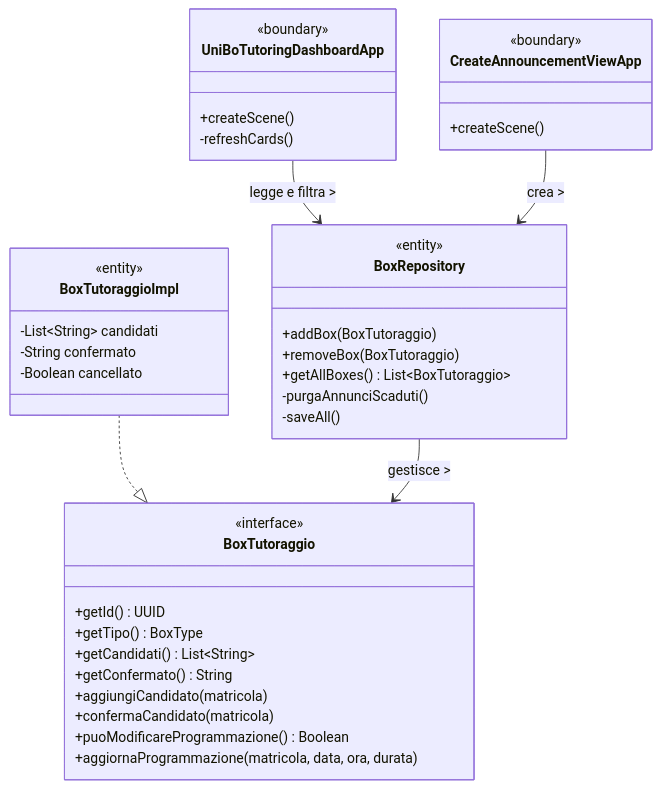
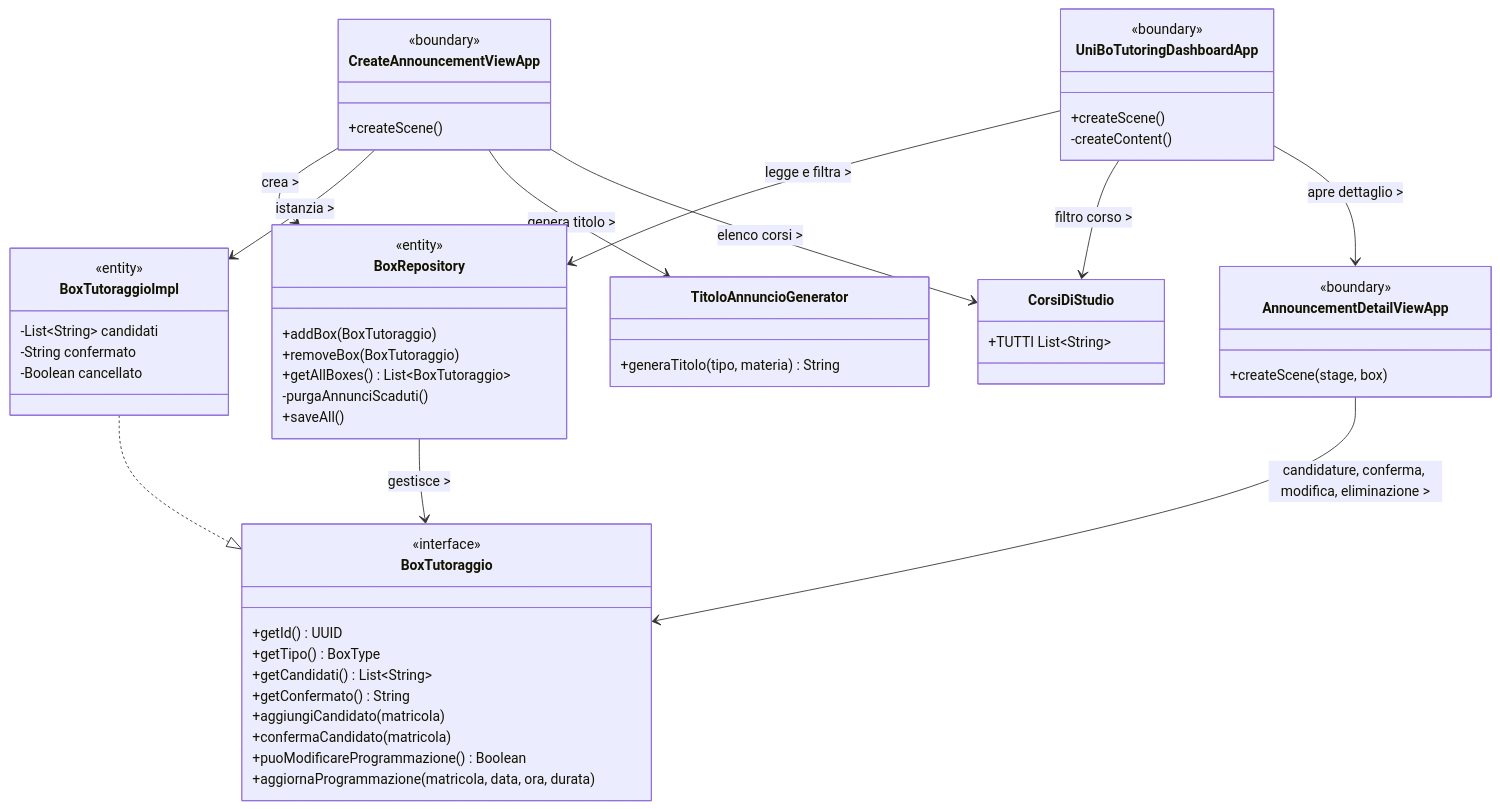
One commit to Sil2564/unibo_tutoring changed the sixth of 9 diagrams in README.md. Above: the diagram before and after it, drawn with Mermaid. The commit also changed other lines of this file, not shown here.

First line of the commit message:
Revise BoxTutoraggio and domain model descriptions

````diff
--- a/README.md
+++ b/README.md
@@ -419,50 +423,69 @@
 ```mermaid
 classDiagram
     %% ============================================================
     %% DESIGN DETTAGLIATO - DASHBOARD E BOX DI TUTORAGGIO (SILVIA)
     %% ============================================================
 
     class BoxTutoraggio {
         +getId() UUID
         +getTipo() BoxType
         +getCandidati() List~String~
         +getConfermato() String
         +aggiungiCandidato(matricola)
         +confermaCandidato(matricola)
         +puoModificareProgrammazione() Boolean
         +aggiornaProgrammazione(matricola, data, ora, durata)
     }
     <<interface>> BoxTutoraggio
 
     class BoxTutoraggioImpl {
         -List~String~ candidati
         -String confermato
         -Boolean cancellato
     }
     <<entity>> BoxTutoraggioImpl
 
     class BoxRepository {
         +addBox(BoxTutoraggio)
         +removeBox(BoxTutoraggio)
         +getAllBoxes() List~BoxTutoraggio~
         -purgaAnnunciScaduti()
-        -saveAll()
+        +saveAll()
     }
     <<entity>> BoxRepository
 
     class UniBoTutoringDashboardApp {
         +createScene()
-        -refreshCards()
+        -createContent()
     }
     <<boundary>> UniBoTutoringDashboardApp
 
     class CreateAnnouncementViewApp {
         +createScene()
     }
     <<boundary>> CreateAnnouncementViewApp
 
+        class AnnouncementDetailViewApp {
+        +createScene(stage, box)
+    }
+    <<boundary>> AnnouncementDetailViewApp
+
+    class TitoloAnnuncioGenerator {
+        +generaTitolo(tipo, materia) String
+    }
+
+    class CorsiDiStudio {
+        +TUTTI List~String~
+    }
+
     BoxTutoraggioImpl ..|> BoxTutoraggio
     UniBoTutoringDashboardApp --> BoxRepository : legge e filtra >
     CreateAnnouncementViewApp --> BoxRepository : crea >
     BoxRepository --> BoxTutoraggio : gestisce >
+    CreateAnnouncementViewApp --> BoxTutoraggioImpl : istanzia >
+    CreateAnnouncementViewApp --> TitoloAnnuncioGenerator : genera titolo >
+    CreateAnnouncementViewApp --> CorsiDiStudio : elenco corsi >
+    UniBoTutoringDashboardApp --> CorsiDiStudio : filtro corso >
+    UniBoTutoringDashboardApp --> AnnouncementDetailViewApp : apre dettaglio >
+    AnnouncementDetailViewApp --> BoxTutoraggio : candidature, conferma, modifica, eliminazione >
 ```
````
